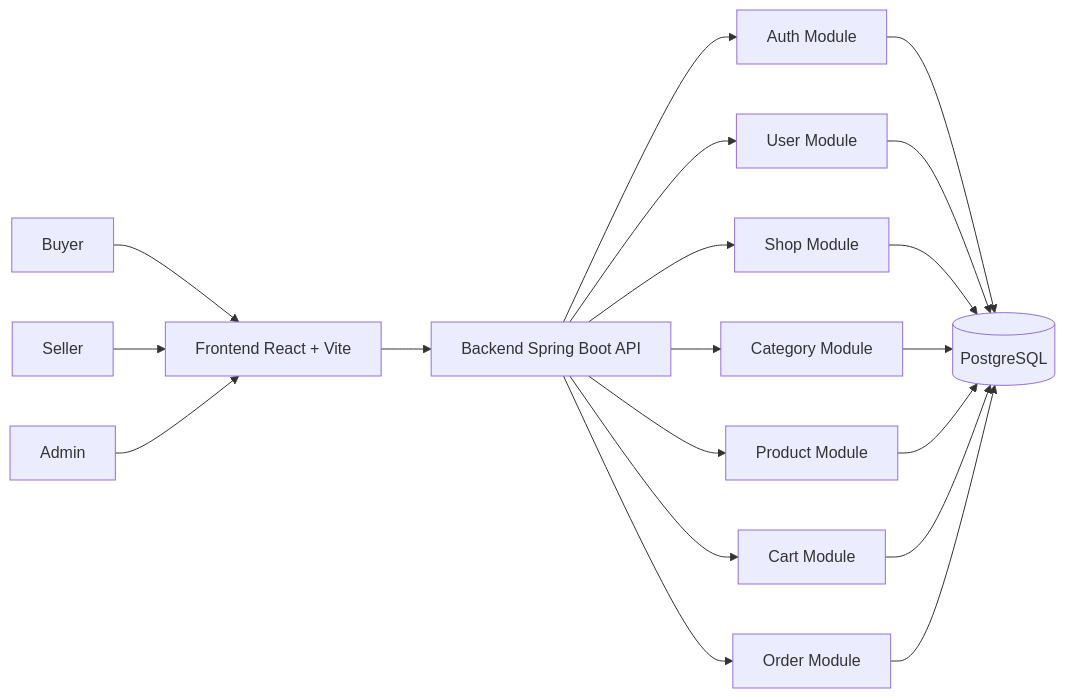
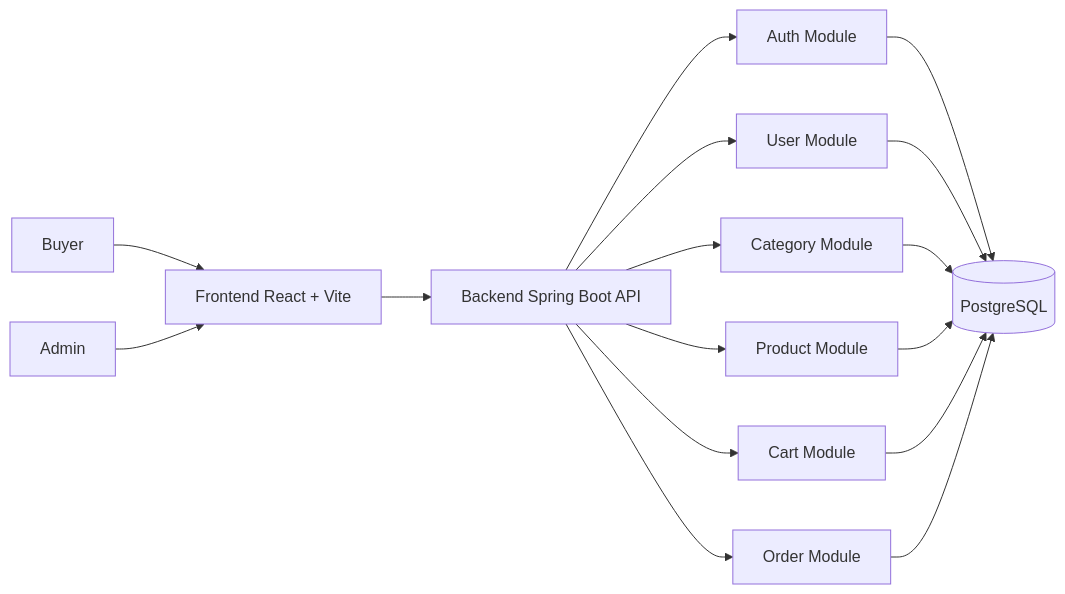
One commit to minhtuan1102/java-ecommerce-platform changed the first of 2 diagrams in README.md. Above: the diagram before and after it, drawn with Mermaid. The commit also changed other lines of this file and 109 other files, not shown here.

````diff
--- a/README.md
+++ b/README.md
@@ -18,23 +18,20 @@
 ```mermaid
 flowchart LR
 	B[Buyer] --> FE[Frontend React + Vite]
-	S[Seller] --> FE
 	A[Admin] --> FE
 
 	FE --> API[Backend Spring Boot API]
 	API --> AUTH[Auth Module]
 	API --> USER[User Module]
-	API --> SHOP[Shop Module]
 	API --> CAT[Category Module]
 	API --> PROD[Product Module]
 	API --> CART[Cart Module]
 	API --> ORD[Order Module]
 
 	AUTH --> DB[(PostgreSQL)]
 	USER --> DB
-	SHOP --> DB
 	CAT --> DB
 	PROD --> DB
 	CART --> DB
 	ORD --> DB
 ```
````
